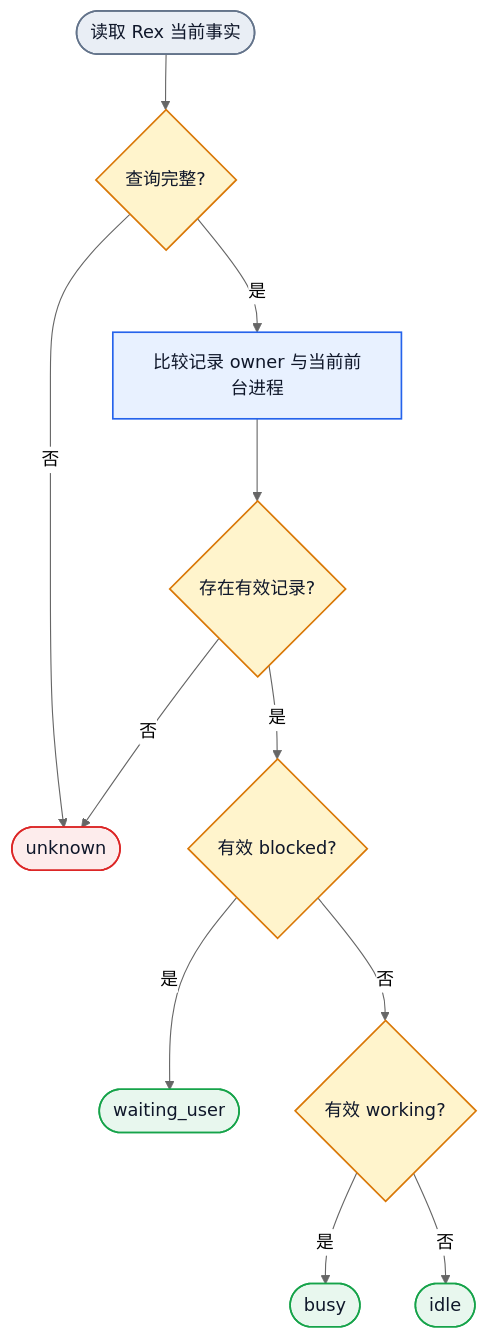
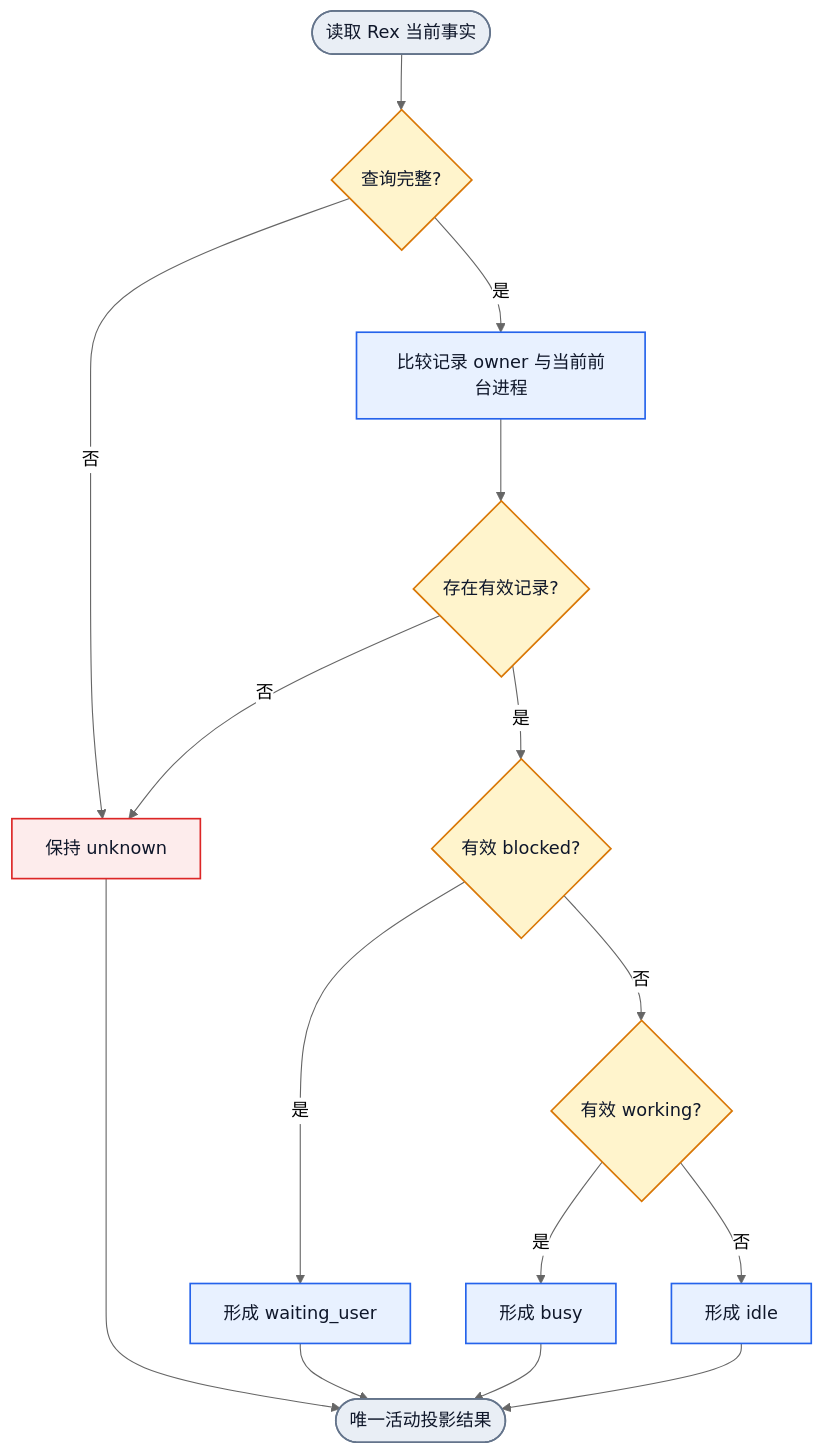
The third of 3 diagrams in docs/design/rex-collab-ontology-20261111.md (Jasonzhangf/appsdk), drawn with Mermaid (neutral theme) before and after one commit. The commit also changed other lines of this file and 63 other files, not shown here.

````diff
--- a/docs/design/rex-collab-ontology-20261111.md
+++ b/docs/design/rex-collab-ontology-20261111.md
@@ -110,19 +164,23 @@
 ```mermaid
 flowchart TD
   S([读取 Rex 当前事实]):::boundary --> Q{查询完整?}:::decision
-  Q -->|否| UNK([unknown]):::failure
+  Q -->|否| U[保持 unknown]:::failure
   Q -->|是| O[比较记录 owner 与当前前台进程]:::action
   O --> V{存在有效记录?}:::decision
-  V -->|否| UNK
+  V -->|否| U
   V -->|是| B{有效 blocked?}:::decision
-  B -->|是| WAIT([waiting_user]):::success
+  B -->|是| WAIT[形成 waiting_user]:::action
   B -->|否| W{有效 working?}:::decision
-  W -->|是| BUSY([busy]):::success
-  W -->|否| IDLE([idle]):::success
+  W -->|是| BUSY[形成 busy]:::action
+  W -->|否| IDLE[形成 idle]:::action
+  WAIT --> X([唯一活动投影结果]):::boundary
+  BUSY --> X
+  IDLE --> X
+  U --> X
 
   classDef boundary fill:#E9EEF5,stroke:#64748B,color:#0F172A,stroke-width:1.5px
   classDef action fill:#E8F1FF,stroke:#2563EB,color:#0F172A,stroke-width:1.5px
   classDef decision fill:#FFF4CC,stroke:#D97706,color:#0F172A,stroke-width:1.5px
   classDef success fill:#E8F7EE,stroke:#16A34A,color:#0F172A,stroke-width:1.5px
   classDef failure fill:#FDECEC,stroke:#DC2626,color:#0F172A,stroke-width:1.5px
 ```
````
